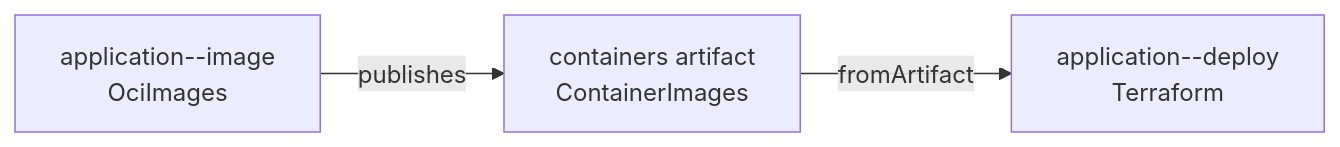
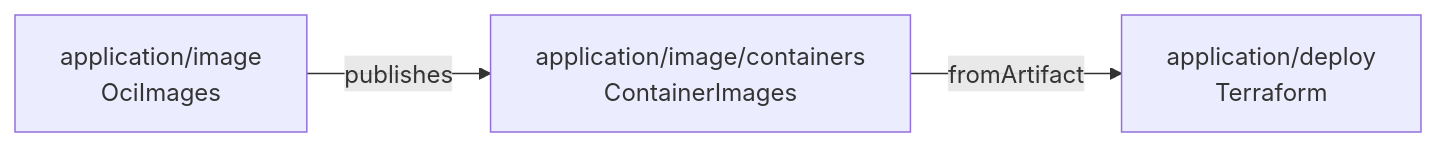
Before and after one commit to NiklasRosenstein/gitopsctr: the diagram in docs/tutorial.md, drawn with Mermaid. The commit also changed other lines of this file and 73 other files, not shown here.

````diff
--- a/docs/tutorial.md
+++ b/docs/tutorial.md
@@ -33,5 +33,5 @@
 ```mermaid
 flowchart LR
-  image["application--image<br/>OciImages"] -->|publishes| artifact["containers artifact<br/>ContainerImages"]
-  artifact -->|fromArtifact| service["application--deploy<br/>Terraform"]
+  image["application/image<br/>OciImages"] -->|publishes| artifact["application/image/containers<br/>ContainerImages"]
+  artifact -->|fromArtifact| service["application/deploy<br/>Terraform"]
 ```
````
